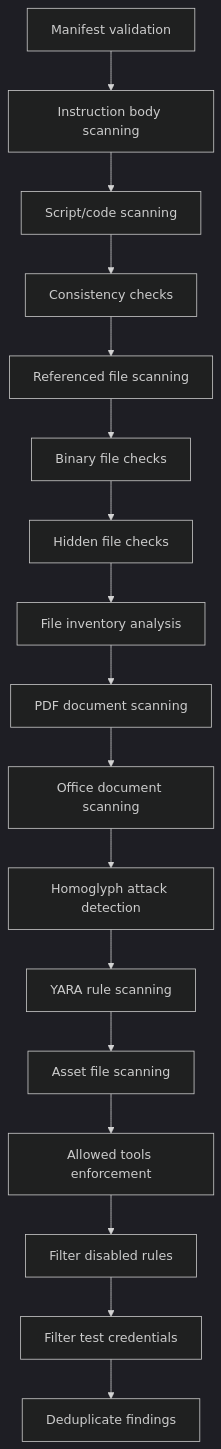
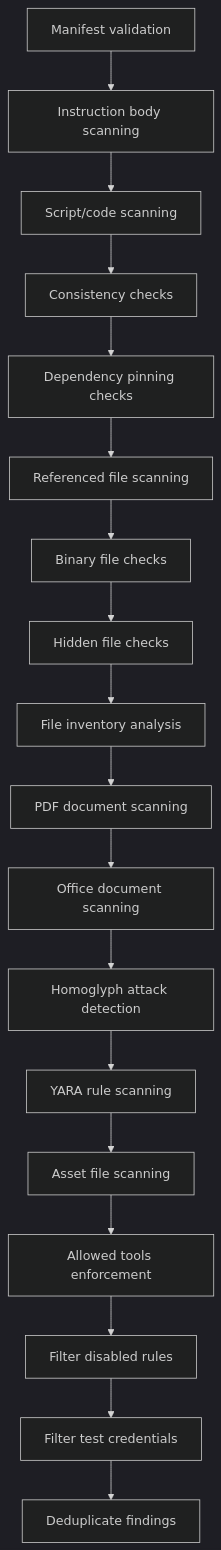
The diagram in docs/architecture/analyzers/static-analyzer.md (cisco-ai-defense/skill-scanner), drawn with Mermaid (dark theme) before and after one commit. The commit also changed other lines of this file and 4 other files, not shown here.

````diff
--- a/docs/architecture/analyzers/static-analyzer.md
+++ b/docs/architecture/analyzers/static-analyzer.md
@@ -16,19 +16,20 @@
 ```mermaid
 flowchart TD
     A["Manifest validation"] --> B["Instruction body scanning"]
     B --> C["Script/code scanning"]
     C --> D["Consistency checks"]
-    D --> E["Referenced file scanning"]
+    D --> D2["Dependency pinning checks"]
+    D2 --> E["Referenced file scanning"]
     E --> F["Binary file checks"]
     F --> G["Hidden file checks"]
     G --> H["File inventory analysis"]
     H --> I["PDF document scanning"]
     I --> J["Office document scanning"]
     J --> K["Homoglyph attack detection"]
     K --> L["YARA rule scanning"]
     L --> M["Asset file scanning"]
     M --> N["Allowed tools enforcement"]
     N --> O["Filter disabled rules"]
     O --> P["Filter test credentials"]
     P --> Q["Deduplicate findings"]
 ```
````
